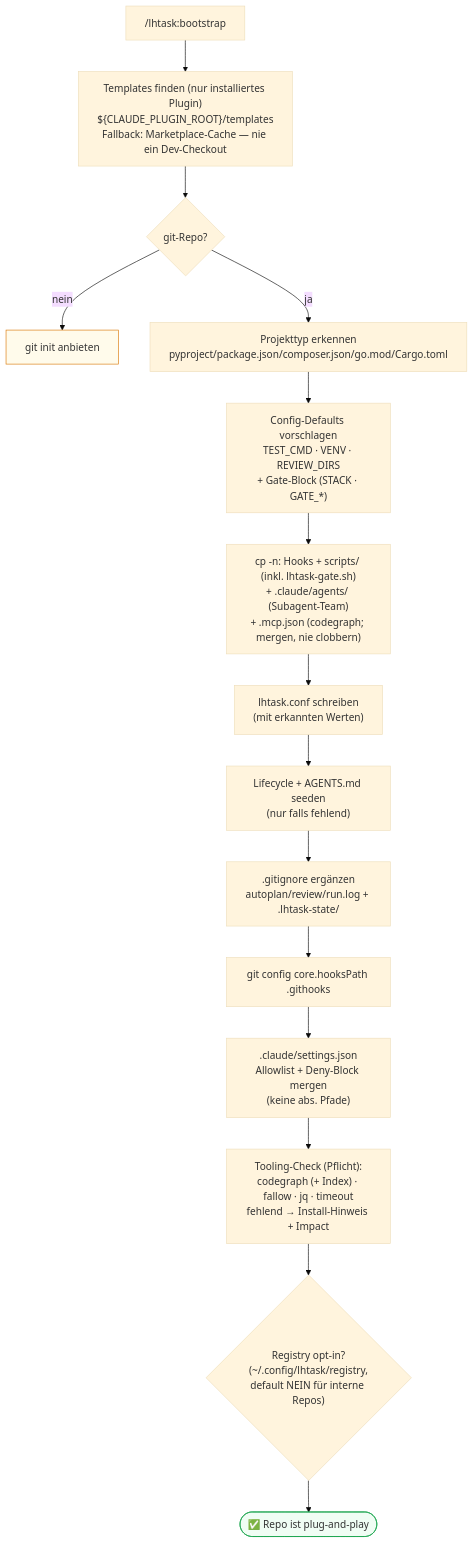
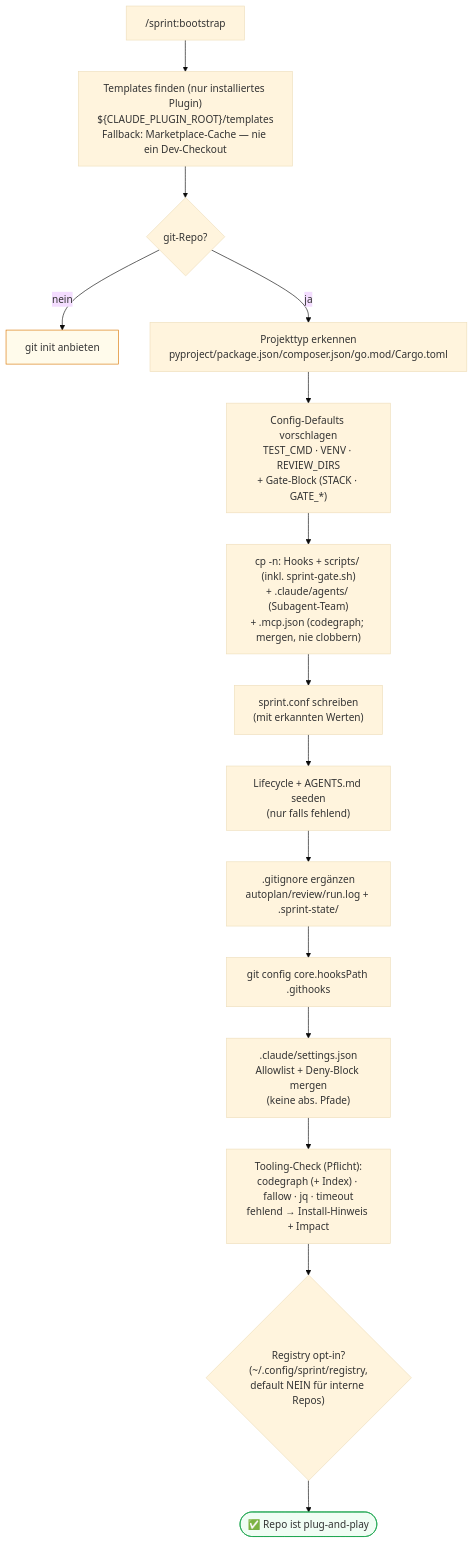
One commit to leonhoffmann86/team-sprint changed diagram 11 of 12 in ARCHITECTURE.md. Above: the diagram before and after it, drawn with Mermaid (base theme). The commit also changed other lines of this file and 30 other files, not shown here.

First line of the commit message:
rename: LHTask → Sprint (v1.0.0)

````diff
--- a/ARCHITECTURE.md
+++ b/ARCHITECTURE.md
@@ -508,20 +508,20 @@
 ```mermaid
 flowchart TB
-    S0["/lhtask:bootstrap"] --> S1["Templates finden (nur installiertes Plugin)<br/>${CLAUDE_PLUGIN_ROOT}/templates<br/>Fallback: Marketplace-Cache — nie ein Dev-Checkout"]
+    S0["/sprint:bootstrap"] --> S1["Templates finden (nur installiertes Plugin)<br/>${CLAUDE_PLUGIN_ROOT}/templates<br/>Fallback: Marketplace-Cache — nie ein Dev-Checkout"]
     S1 --> S2{"git-Repo?"}
     S2 -- "nein" --> OFFER["git init anbieten"]
     S2 -- "ja" --> S3["Projekttyp erkennen<br/>pyproject/package.json/composer.json/go.mod/Cargo.toml"]
     S3 --> S4["Config-Defaults vorschlagen<br/>TEST_CMD · VENV · REVIEW_DIRS<br/>+ Gate-Block (STACK · GATE_*)"]
-    S4 --> S5["cp -n: Hooks + scripts/ (inkl. lhtask-gate.sh)<br/>+ .claude/agents/ (Subagent-Team)<br/>+ .mcp.json (codegraph; mergen, nie clobbern)"]
-    S5 --> S6["lhtask.conf schreiben<br/>(mit erkannten Werten)"]
+    S4 --> S5["cp -n: Hooks + scripts/ (inkl. sprint-gate.sh)<br/>+ .claude/agents/ (Subagent-Team)<br/>+ .mcp.json (codegraph; mergen, nie clobbern)"]
+    S5 --> S6["sprint.conf schreiben<br/>(mit erkannten Werten)"]
     S6 --> S7["Lifecycle + AGENTS.md seeden<br/>(nur falls fehlend)"]
-    S7 --> S8[".gitignore ergänzen<br/>autoplan/review/run.log + .lhtask-state/"]
+    S7 --> S8[".gitignore ergänzen<br/>autoplan/review/run.log + .sprint-state/"]
     S8 --> S9["git config core.hooksPath .githooks"]
     S9 --> S10[".claude/settings.json<br/>Allowlist + Deny-Block mergen<br/>(keine abs. Pfade)"]
     S10 --> S11["Tooling-Check (Pflicht):<br/>codegraph (+ Index) · fallow · jq · timeout<br/>fehlend → Install-Hinweis + Impact"]
-    S11 --> S12{"Registry opt-in?<br/>(~/.config/lhtask/registry,<br/>default NEIN für interne Repos)"}
+    S11 --> S12{"Registry opt-in?<br/>(~/.config/sprint/registry,<br/>default NEIN für interne Repos)"}
     S12 --> DONE(["✅ Repo ist plug-and-play"])
 
     style DONE fill:#f0fdf4,stroke:#16a34a
     style OFFER fill:#fffbeb,stroke:#d97706
 ```
````
